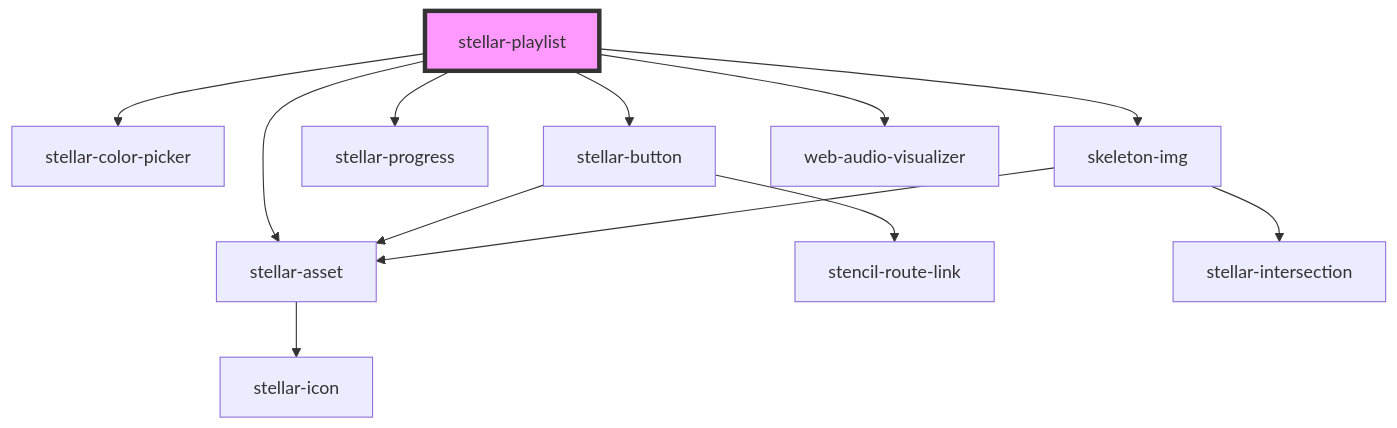
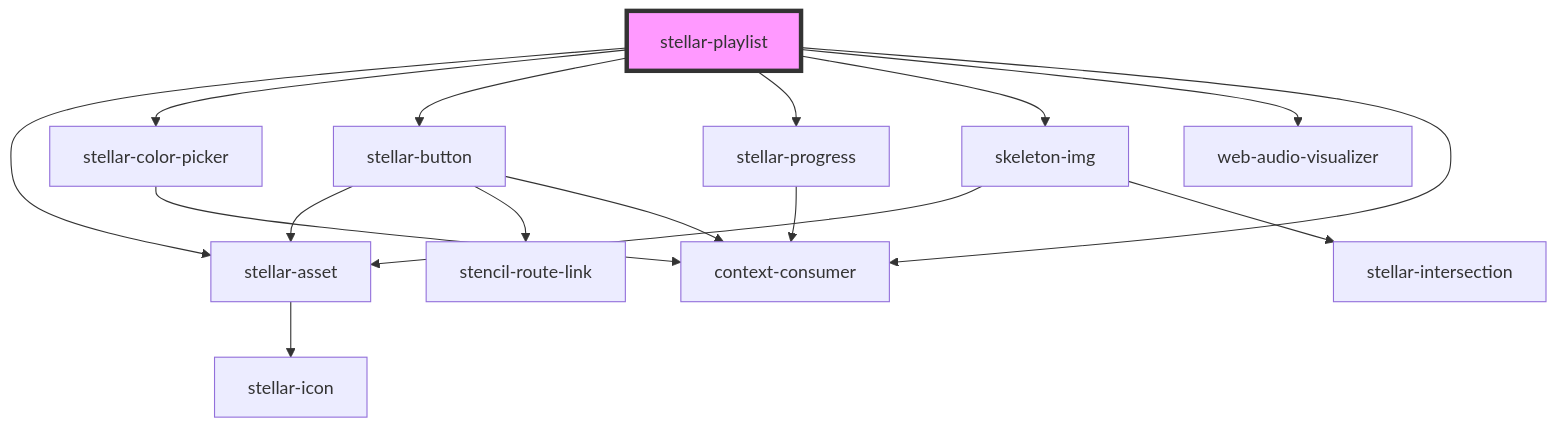
One commit to splitinfinities/Stellar changed the diagram in src/components/media/playlist/readme.md. Above: the diagram before and after it, drawn with Mermaid. The commit also changed other lines of this file and 44 other files, not shown here.

````diff
--- a/src/components/media/playlist/readme.md
+++ b/src/components/media/playlist/readme.md
@@ -97,15 +99,19 @@
 ```mermaid
 graph TD;
   stellar-playlist --> stellar-asset
   stellar-playlist --> stellar-color-picker
   stellar-playlist --> stellar-button
   stellar-playlist --> stellar-progress
   stellar-playlist --> skeleton-img
   stellar-playlist --> web-audio-visualizer
+  stellar-playlist --> context-consumer
   stellar-asset --> stellar-icon
+  stellar-color-picker --> context-consumer
   stellar-button --> stellar-asset
   stellar-button --> stencil-route-link
+  stellar-button --> context-consumer
+  stellar-progress --> context-consumer
   skeleton-img --> stellar-asset
   skeleton-img --> stellar-intersection
   style stellar-playlist fill:#f9f,stroke:#333,stroke-width:4px
 ```
````
